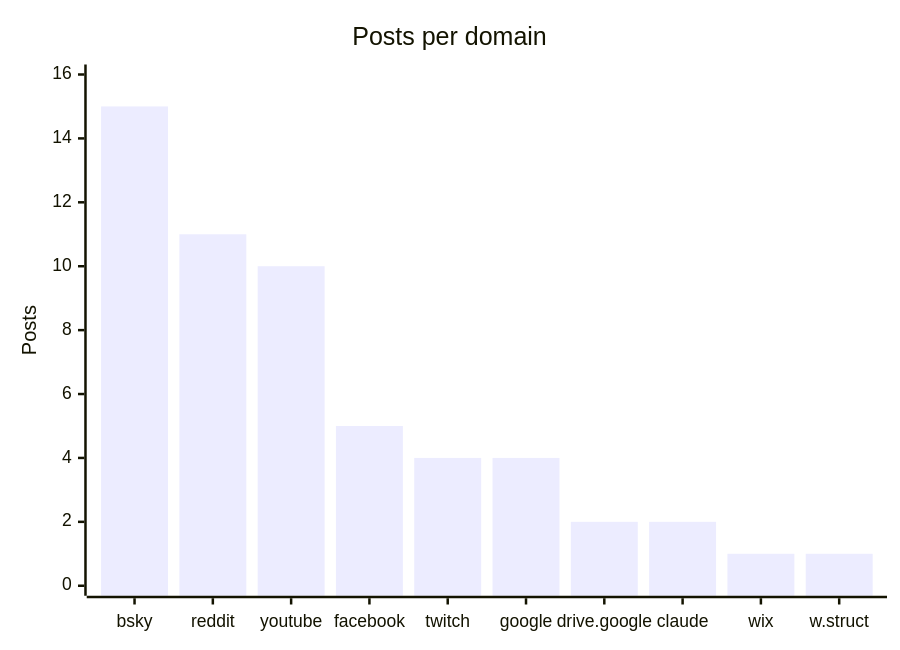
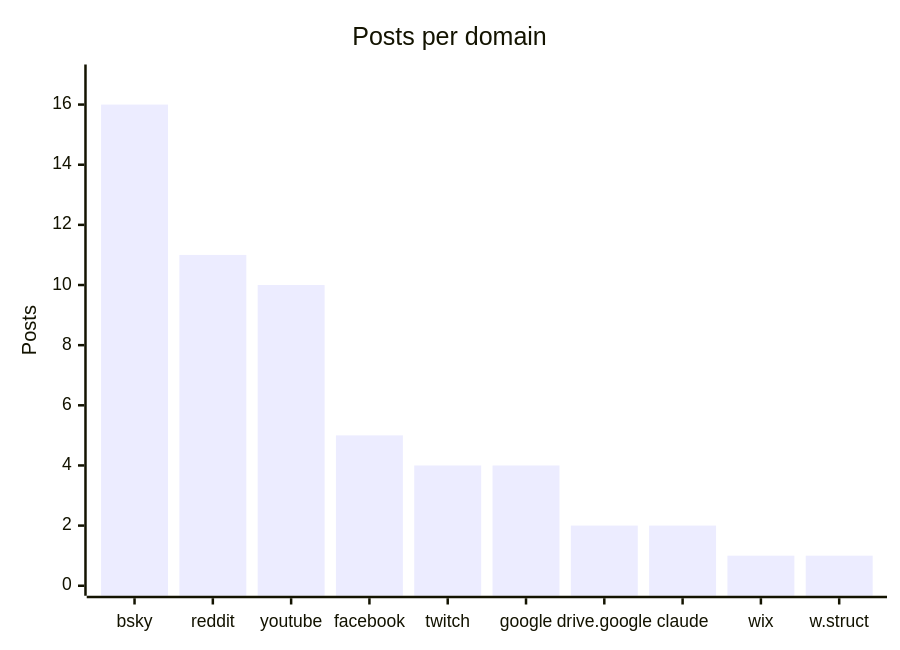
One commit to martinbalfanz/social-scanner-reports changed the fourth of 4 diagrams in README.md. Above: the diagram before and after it, drawn with Mermaid. The commit also changed other lines of this file and 2 other files, not shown here.

````diff
--- a/README.md
+++ b/README.md
@@ -58,7 +58,7 @@
 ```mermaid
 xychart-beta
     title "Posts per domain"
     x-axis ["bsky", "reddit", "youtube", "facebook", "twitch", "google", "drive.google", "claude", "wix", "w.struct"]
-    y-axis "Posts" 0 --> 16
-    bar [15, 11, 10, 5, 4, 4, 2, 2, 1, 1]
+    y-axis "Posts" 0 --> 17
+    bar [16, 11, 10, 5, 4, 4, 2, 2, 1, 1]
 ```
````
